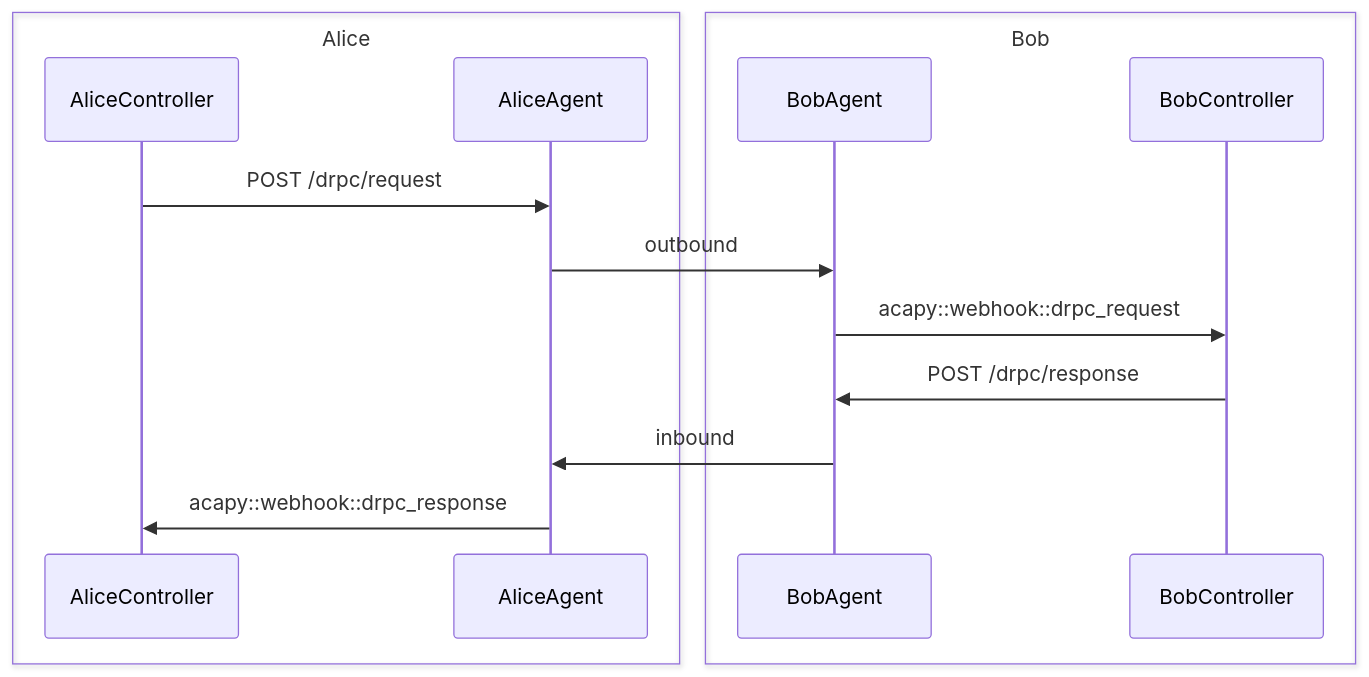
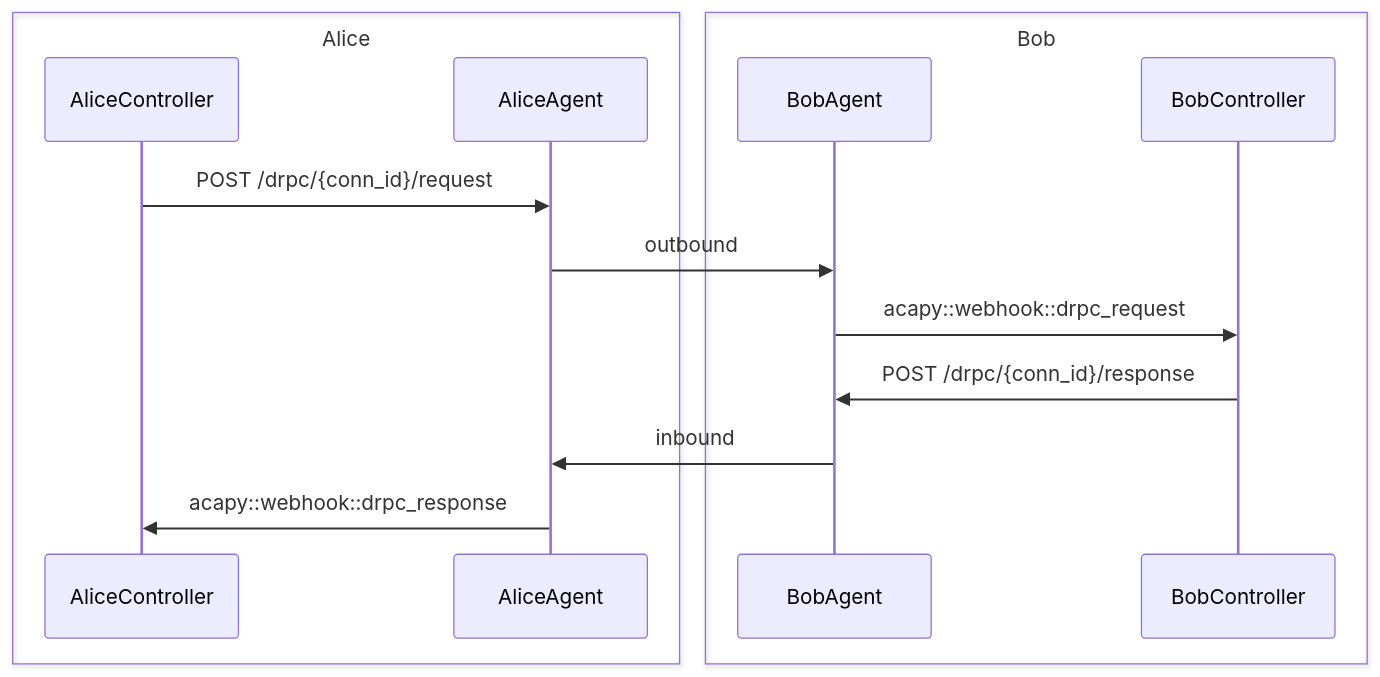
One commit to openwallet-foundation/acapy-plugins changed the first of 2 diagrams in rpc/README.md. Above: the diagram before and after it, drawn with Mermaid. The commit also changed other lines of this file and 7 other files, not shown here.

````diff
--- a/rpc/README.md
+++ b/rpc/README.md
@@ -20,21 +20,21 @@
 ```mermaid
   sequenceDiagram
     box Alice
     participant AC as AliceController
     participant AA as AliceAgent
     end
 
     box Bob
     participant BA as BobAgent
     participant BC as BobController
     end
 
-    AC->>AA: POST /drpc/request
+    AC->>AA: POST /drpc/{conn_id}/request
     AA->>BA: outbound
     BA->>BC: acapy::webhook::drpc_request
 
-    BC->>BA: POST /drpc/response
+    BC->>BA: POST /drpc/{conn_id}/response
     BA->>AA: inbound
     AA->>AC: acapy::webhook::drpc_response
 
 ```
````
